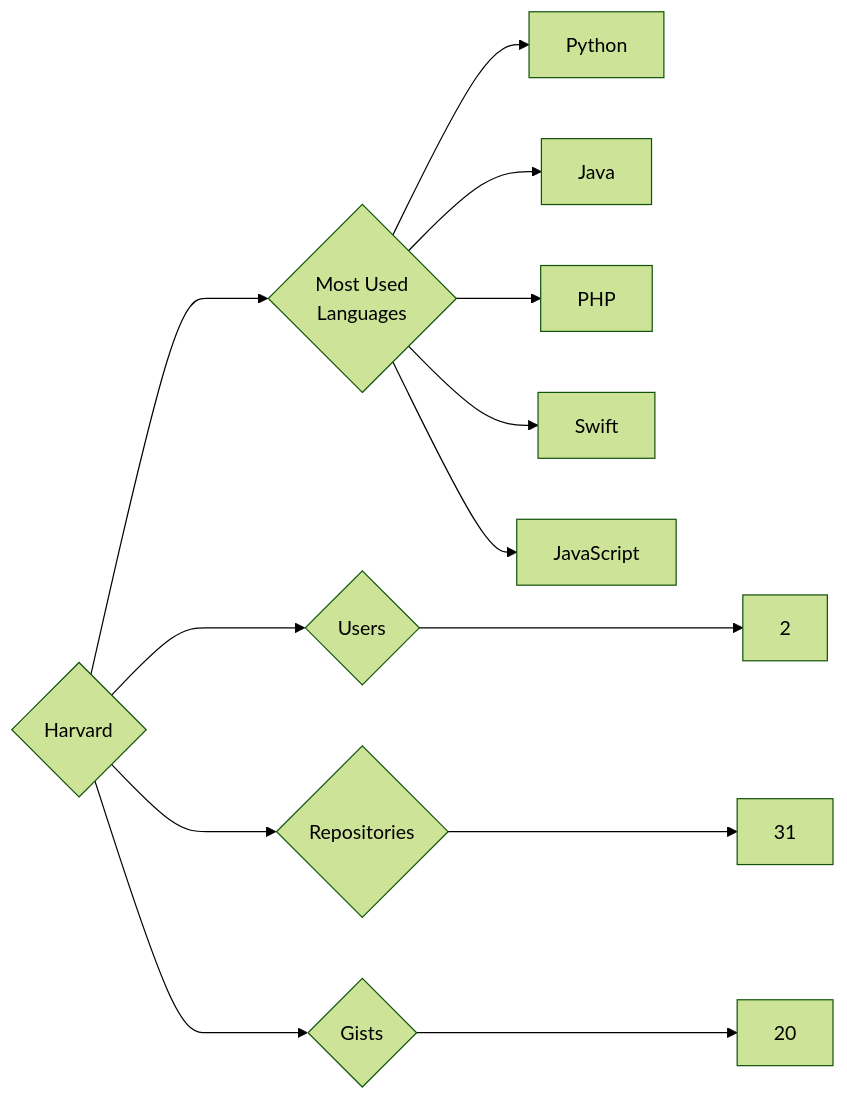
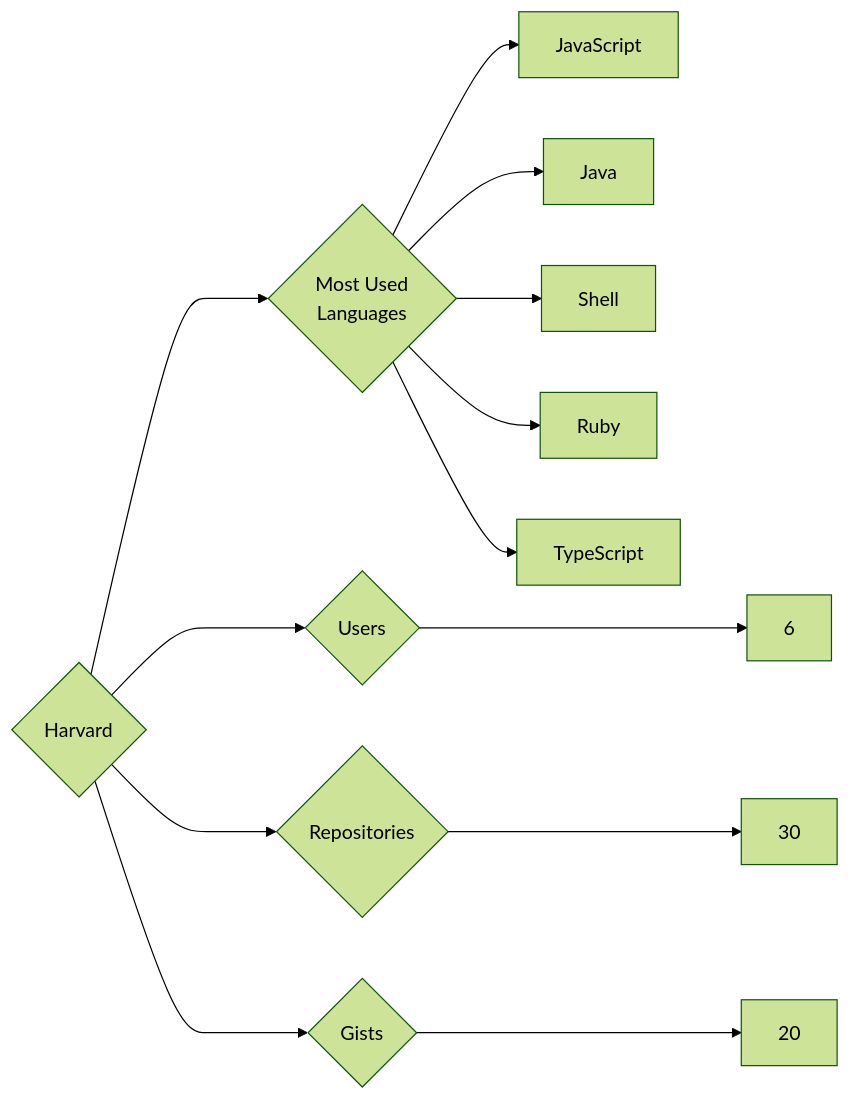
The diagram in targets/Harvard/README.md (trickest/insiders), drawn with Mermaid (forest theme) before and after one commit. The commit also changed 1078 other files, not shown here.

````diff
--- a/targets/Harvard/README.md
+++ b/targets/Harvard/README.md
@@ -3,13 +3,13 @@
 ```mermaid
 graph LR
 COMPANY_NAME{Harvard}
-COMPANY_NAME ---> U{Users} ---> UN[2]
-COMPANY_NAME ---> R{Repositories} ---> RN[31]
+COMPANY_NAME ---> U{Users} ---> UN[6]
+COMPANY_NAME ---> R{Repositories} ---> RN[30]
 COMPANY_NAME ---> G{Gists} ---> GN[20]
 COMPANY_NAME ---> ML{Most Used<br>Languages}
-ML --> Python[Python]
+ML --> JavaScript[JavaScript]
 ML --> Java[Java]
-ML --> PHP[PHP]
-ML --> Swift[Swift]
-ML --> JavaScript[JavaScript]
+ML --> Shell[Shell]
+ML --> Ruby[Ruby]
+ML --> TypeScript[TypeScript]
 ```
````
